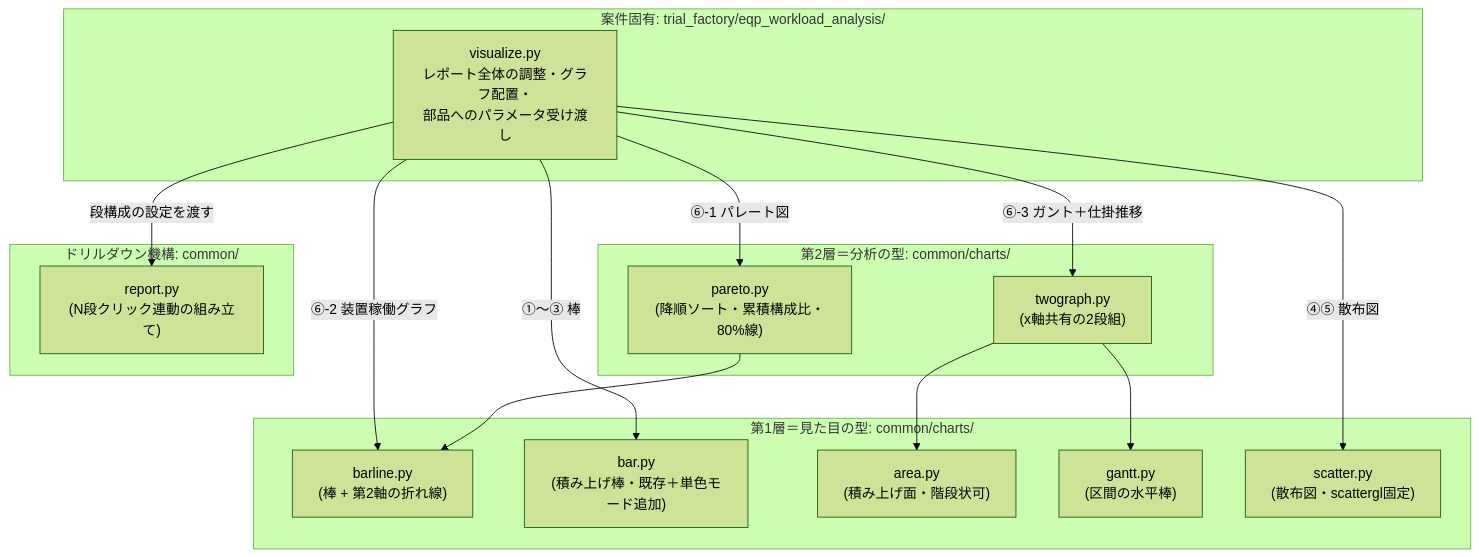
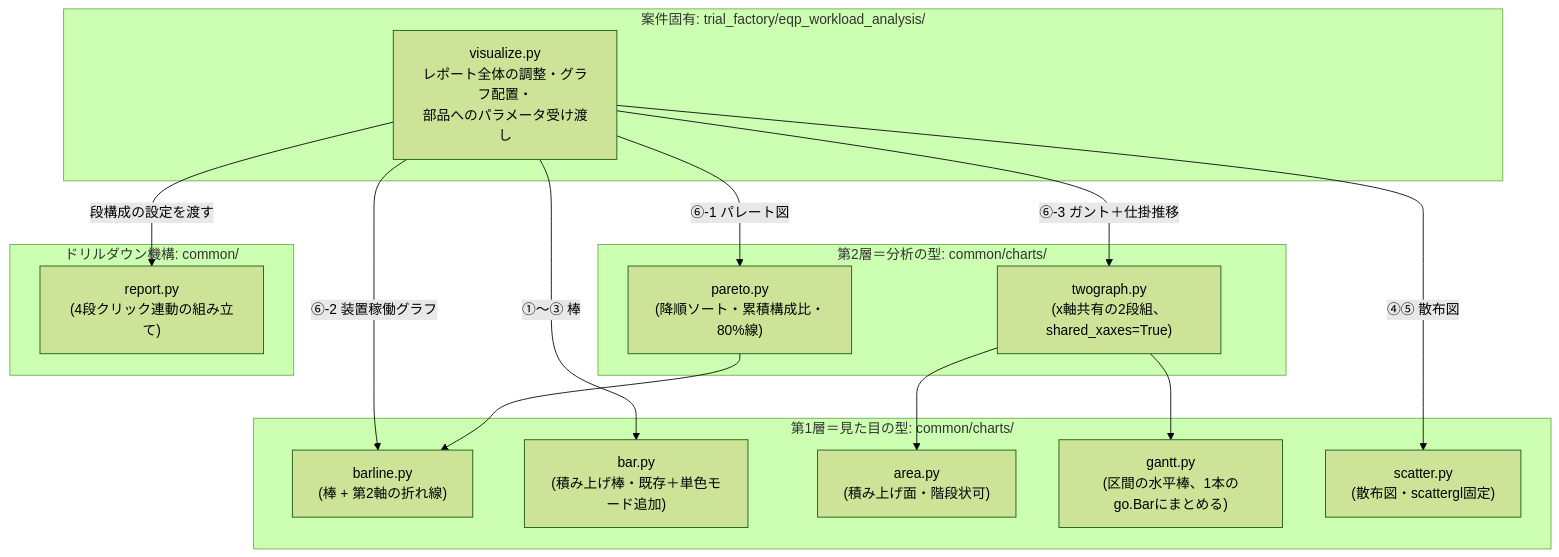
One commit to mukumuyi/AnalyseTool changed the seventh of 7 diagrams in .steering/20260830-eqp-workload-analysis/design.md. Above: the diagram before and after it, drawn with Mermaid (forest theme). The commit also changed other lines of this file and 3 other files, not shown here.

````diff
--- a/.steering/20260830-eqp-workload-analysis/design.md
+++ b/.steering/20260830-eqp-workload-analysis/design.md
@@ -75,34 +178,34 @@
 ```mermaid
 flowchart TD
     subgraph L3["案件固有: trial_factory/eqp_workload_analysis/"]
         vis["visualize.py<br/>レポート全体の調整・グラフ配置・<br/>部品へのパラメータ受け渡し"]
     end
 
     subgraph L2["第2層＝分析の型: common/charts/"]
         pareto["pareto.py<br/>(降順ソート・累積構成比・80%線)"]
-        twograph["twograph.py<br/>(x軸共有の2段組)"]
+        twograph["twograph.py<br/>(x軸共有の2段組、shared_xaxes=True)"]
     end
 
     subgraph L1["第1層＝見た目の型: common/charts/"]
         barline["barline.py<br/>(棒 + 第2軸の折れ線)"]
         bar["bar.py<br/>(積み上げ棒・既存＋単色モード追加)"]
         area["area.py<br/>(積み上げ面・階段状可)"]
-        gantt["gantt.py<br/>(区間の水平棒)"]
+        gantt["gantt.py<br/>(区間の水平棒、1本のgo.Barにまとめる)"]
         scatter["scatter.py<br/>(散布図・scattergl固定)"]
     end
 
     subgraph SH["ドリルダウン機構: common/"]
-        report["report.py<br/>(N段クリック連動の組み立て)"]
+        report["report.py<br/>(4段クリック連動の組み立て)"]
     end
 
     vis -->|"⑥-1 パレート図"| pareto
     vis -->|"⑥-2 装置稼働グラフ"| barline
     vis -->|"⑥-3 ガント＋仕掛推移"| twograph
     vis -->|"①〜③ 棒"| bar
     vis -->|"④⑤ 散布図"| scatter
     vis -->|"段構成の設定を渡す"| report
 
     pareto --> barline
     twograph --> gantt
     twograph --> area
 ```
````
